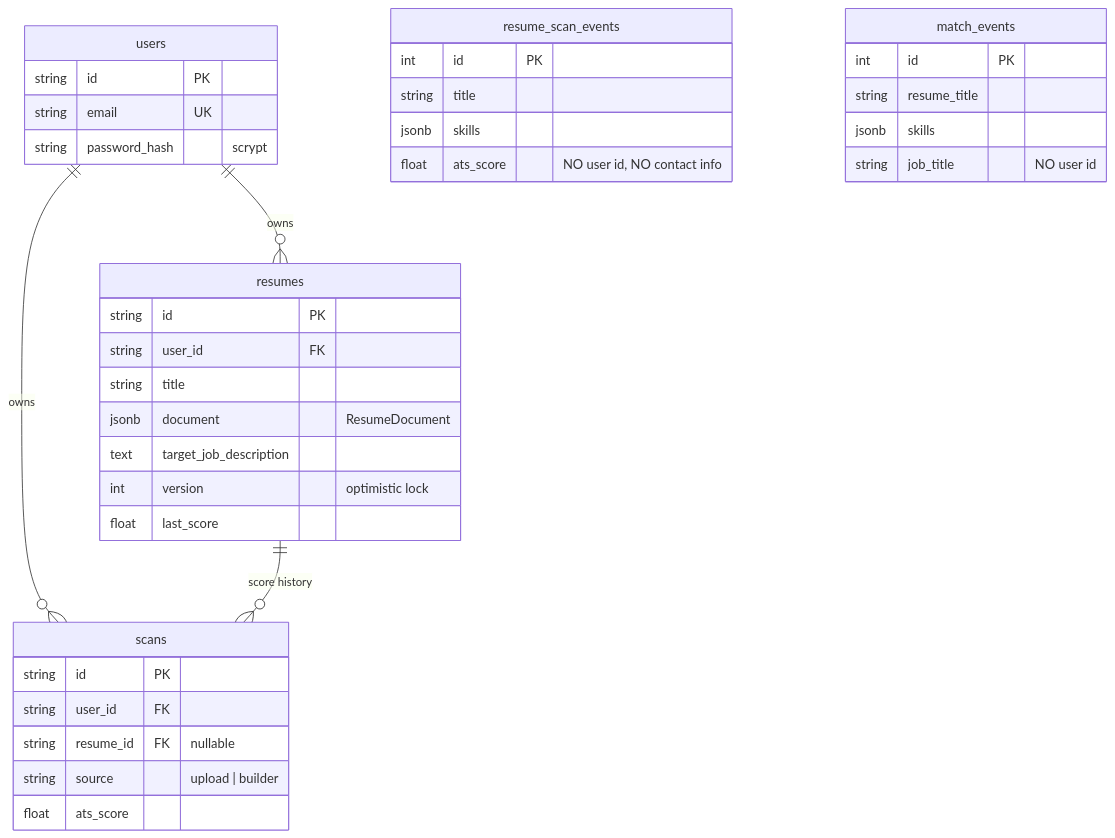
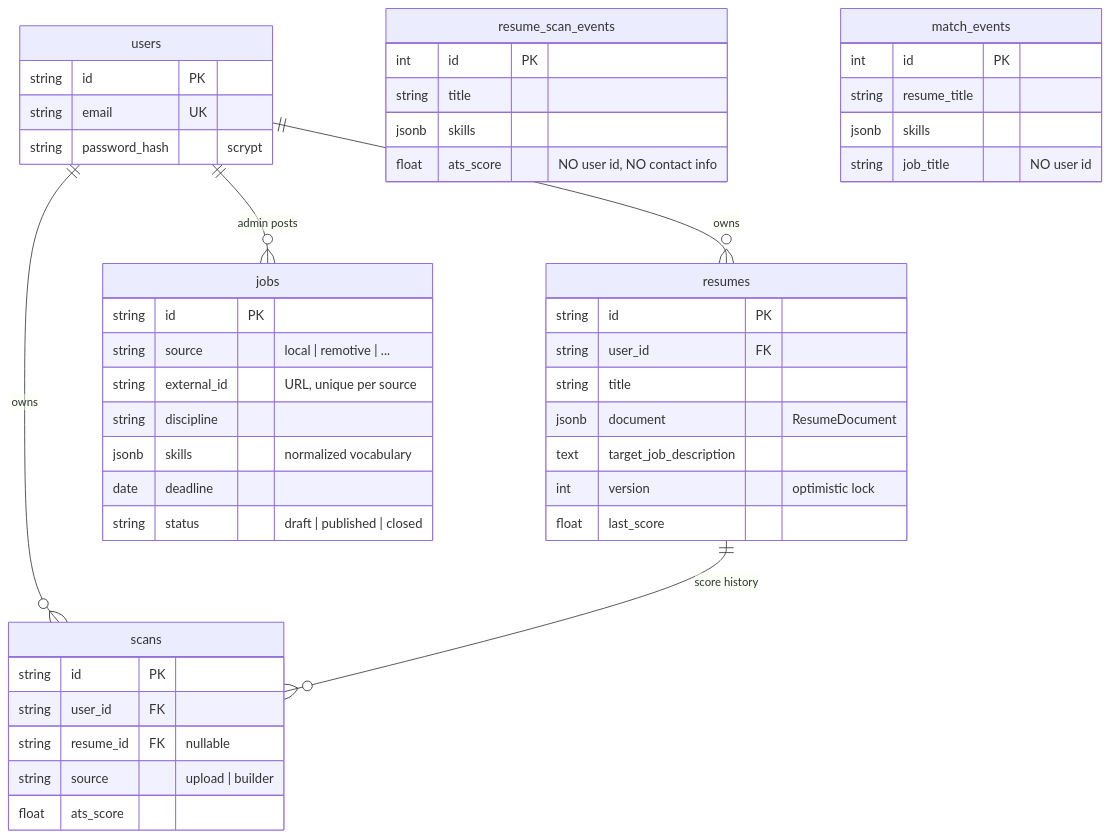
Before and after one commit to Atikul-Dipto/ats-resume-scanner: the fourth of 4 diagrams in ARCHITECTURE.md, drawn with Mermaid. The commit also changed other lines of this file and 35 other files, not shown here.

````diff
--- a/ARCHITECTURE.md
+++ b/ARCHITECTURE.md
@@ -243,39 +294,49 @@
 ```mermaid
 erDiagram
     users ||--o{ resumes : owns
     users ||--o{ scans : owns
     resumes ||--o{ scans : "score history"
     users {
       string id PK
       string email UK
       string password_hash "scrypt"
     }
     resumes {
       string id PK
       string user_id FK
       string title
       jsonb document "ResumeDocument"
       text target_job_description
       int version "optimistic lock"
       float last_score
     }
     scans {
       string id PK
       string user_id FK
       string resume_id FK "nullable"
       string source "upload | builder"
       float ats_score
     }
+    users ||--o{ jobs : "admin posts"
+    jobs {
+      string id PK
+      string source "local | remotive | ..."
+      string external_id "URL, unique per source"
+      string discipline
+      jsonb skills "normalized vocabulary"
+      date deadline
+      string status "draft | published | closed"
+    }
     resume_scan_events {
       int id PK
       string title
       jsonb skills
       float ats_score "NO user id, NO contact info"
     }
     match_events {
       int id PK
       string resume_title
       jsonb skills
       string job_title "NO user id"
     }
 ```
````
